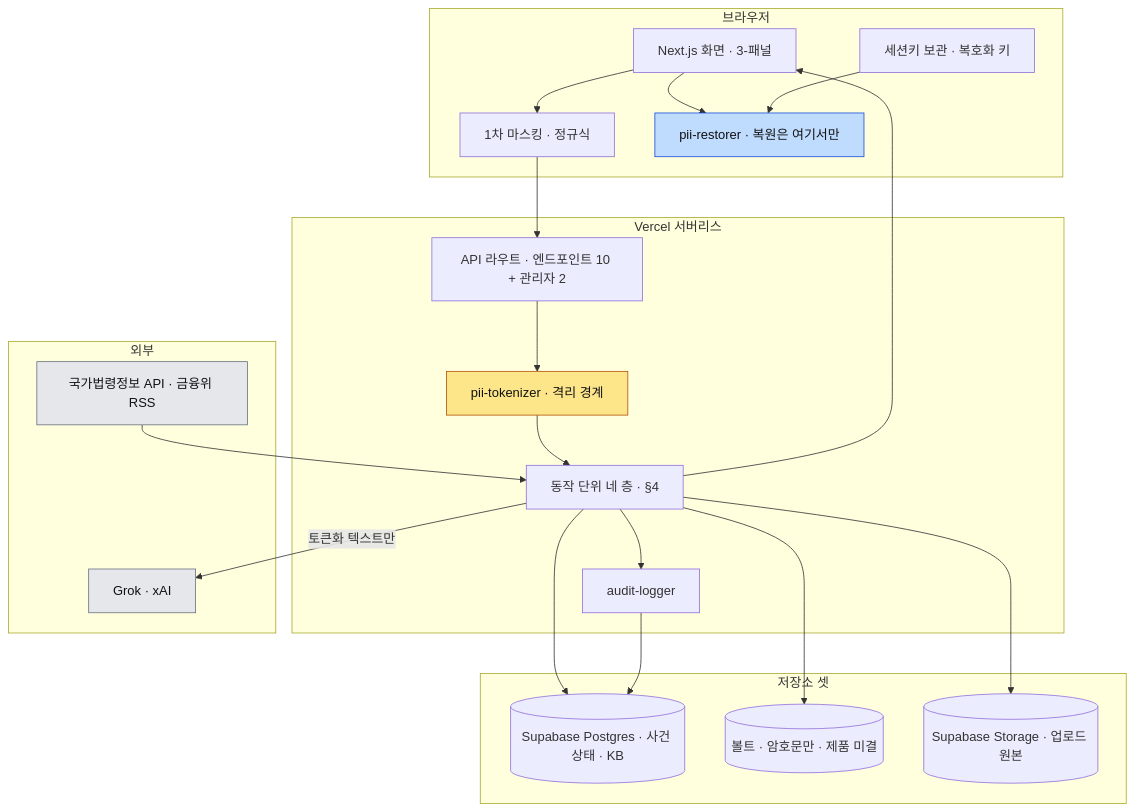
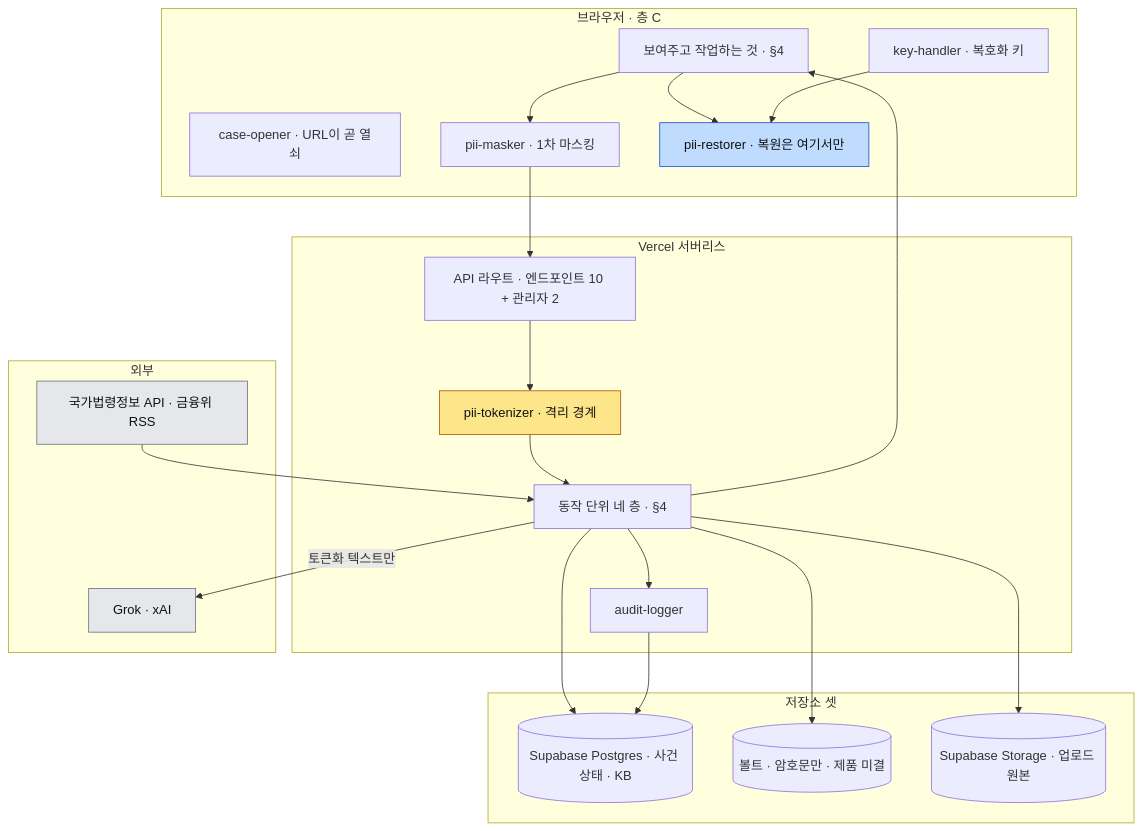
The first of 8 diagrams in ARCHITECTURE.md (Dojaegyum/fsec-ai-challenge), drawn with Mermaid before and after one commit. The commit also changed other lines of this file and 33 other files, not shown here.

````diff
--- a/ARCHITECTURE.md
+++ b/ARCHITECTURE.md
@@ -26,44 +26,45 @@
 ```mermaid
 flowchart TB
-    subgraph CLIENT["브라우저"]
-        UI["Next.js 화면 · 3-패널"]
-        MASK["1차 마스킹 · 정규식"]
-        KEY["세션키 보관 · 복호화 키"]
+    subgraph CLIENT["브라우저 · 층 C"]
+        OPEN["case-opener · URL이 곧 열쇠"]
+        UI["보여주고 작업하는 것 · §4"]
+        MASK["pii-masker · 1차 마스킹"]
+        KEY["key-handler · 복호화 키"]
         REST["pii-restorer · 복원은 여기서만"]
     end
 
     subgraph SERVER["Vercel 서버리스"]
         API["API 라우트 · 엔드포인트 10 + 관리자 2"]
         BOUND["pii-tokenizer · 격리 경계"]
         CORE["동작 단위 네 층 · §4"]
         AUDIT["audit-logger"]
     end
 
     subgraph STORE["저장소 셋"]
         PG[("Supabase Postgres · 사건 상태 · KB")]
         KV[("볼트 · 암호문만 · 제품 미결")]
         BLOB[("Supabase Storage · 업로드 원본")]
     end
 
     subgraph EXT["외부"]
         GROK["Grok · xAI"]
         LAW["국가법령정보 API · 금융위 RSS"]
     end
 
     UI --> MASK --> API
     API --> BOUND --> CORE
     CORE --> PG
     CORE --> KV
     CORE --> BLOB
     CORE -- "토큰화 텍스트만" --> GROK
     CORE --> AUDIT --> PG
     CORE --> UI
     UI --> REST
     KEY --> REST
     LAW --> CORE
 
     style BOUND fill:#fde68a,stroke:#b45309,color:#111
     style REST fill:#bfdbfe,stroke:#1d4ed8,color:#111
     style GROK fill:#e5e7eb,stroke:#6b7280,color:#111
     style LAW fill:#e5e7eb,stroke:#6b7280,color:#111
 ```
````
